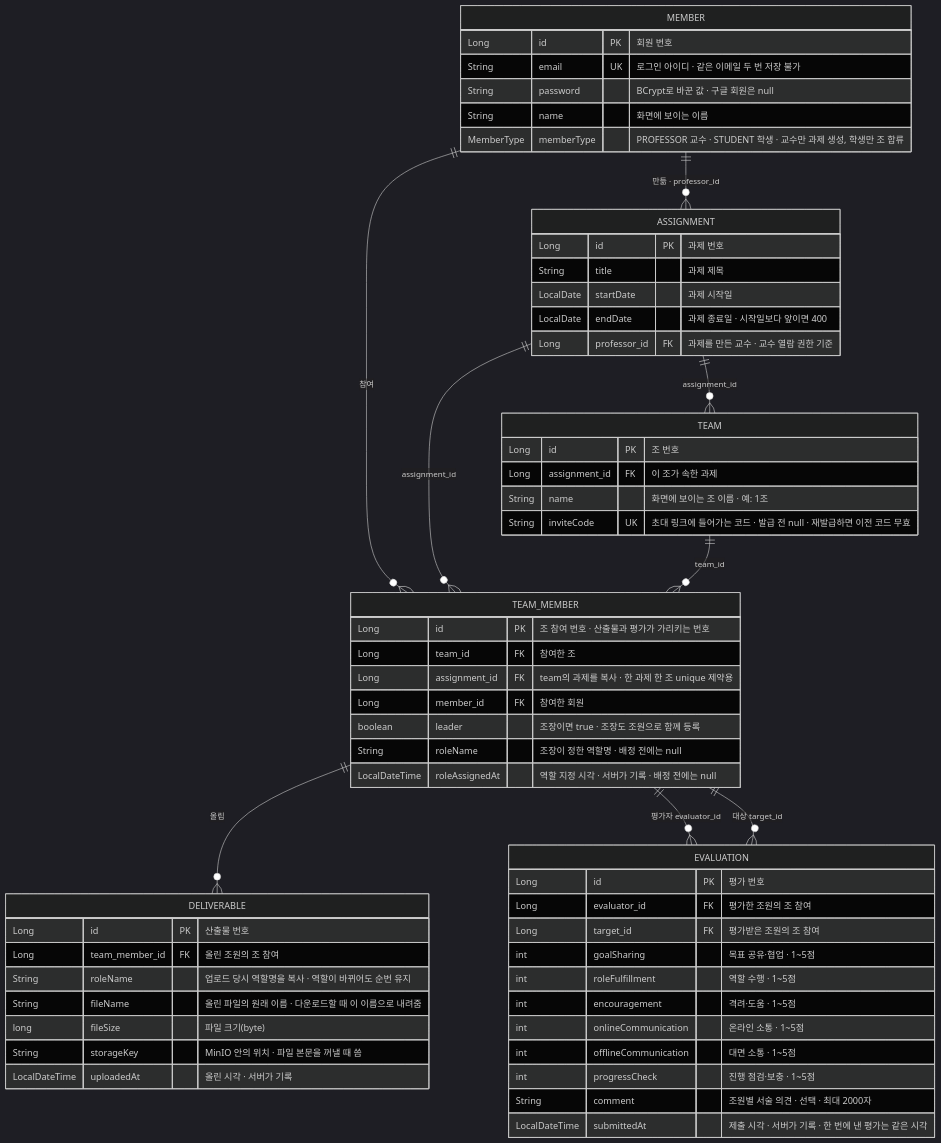
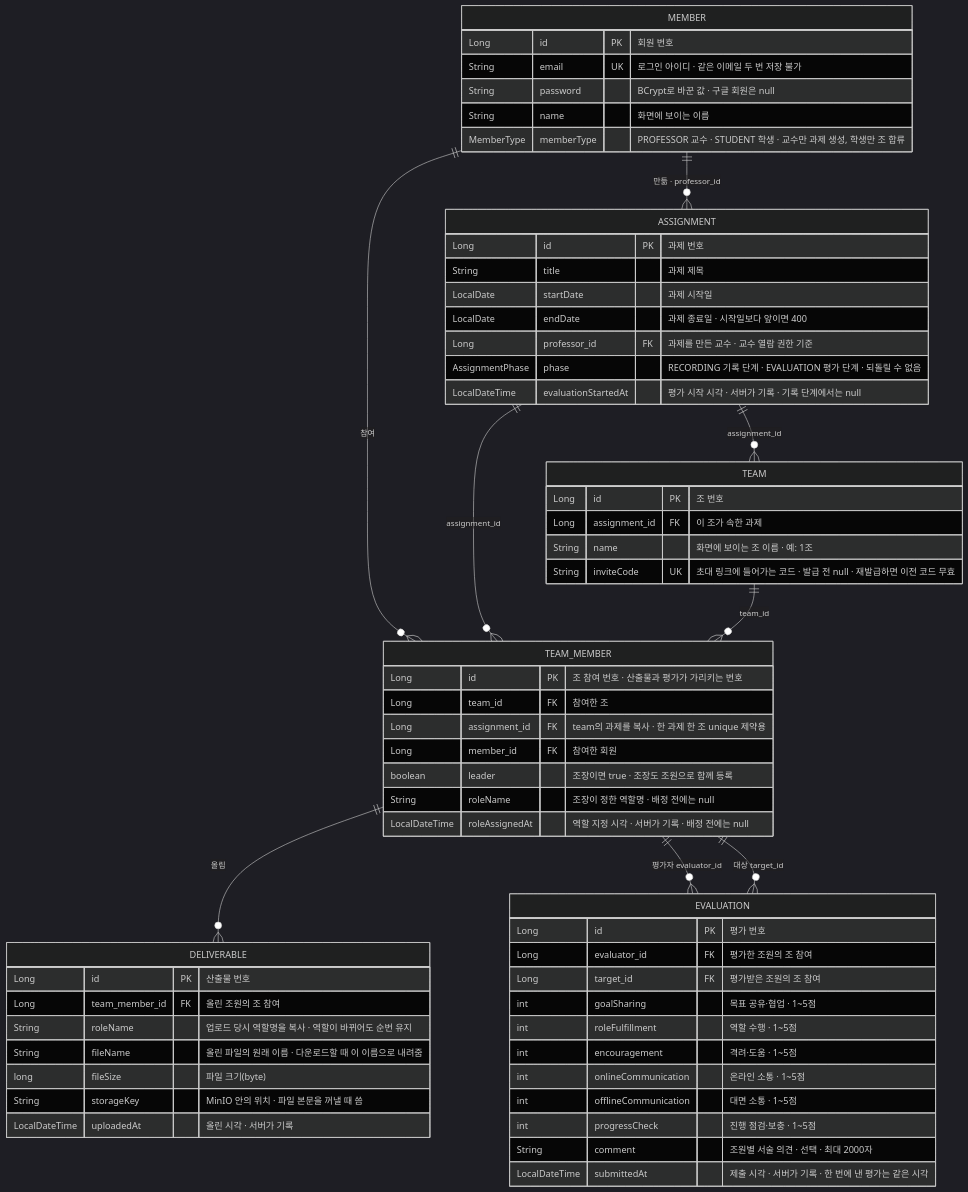
The sixth of 6 diagrams in docs/architecture.md (Pyrite9/footprint-demo), drawn with Mermaid (dark theme) before and after one commit. The commit also changed 35 other files, not shown here.

Commit message:
feat: add evaluation phase and start-evaluation API

````diff
--- a/docs/architecture.md
+++ b/docs/architecture.md
@@ -200,63 +200,65 @@
 ```mermaid
 erDiagram
     MEMBER ||--o{ ASSIGNMENT : "만듦 · professor_id"
     MEMBER ||--o{ TEAM_MEMBER : "참여"
     ASSIGNMENT ||--o{ TEAM : "assignment_id"
     ASSIGNMENT ||--o{ TEAM_MEMBER : "assignment_id"
     TEAM ||--o{ TEAM_MEMBER : "team_id"
     TEAM_MEMBER ||--o{ DELIVERABLE : "올림"
     TEAM_MEMBER ||--o{ EVALUATION : "평가자 evaluator_id"
     TEAM_MEMBER ||--o{ EVALUATION : "대상 target_id"
 
     MEMBER {
         Long id PK "회원 번호"
         String email UK "로그인 아이디 · 같은 이메일 두 번 저장 불가"
         String password "BCrypt로 바꾼 값 · 구글 회원은 null"
         String name "화면에 보이는 이름"
         MemberType memberType "PROFESSOR 교수 · STUDENT 학생 · 교수만 과제 생성, 학생만 조 합류"
     }
     ASSIGNMENT {
         Long id PK "과제 번호"
         String title "과제 제목"
         LocalDate startDate "과제 시작일"
         LocalDate endDate "과제 종료일 · 시작일보다 앞이면 400"
         Long professor_id FK "과제를 만든 교수 · 교수 열람 권한 기준"
+        AssignmentPhase phase "RECORDING 기록 단계 · EVALUATION 평가 단계 · 되돌릴 수 없음"
+        LocalDateTime evaluationStartedAt "평가 시작 시각 · 서버가 기록 · 기록 단계에서는 null"
     }
     TEAM {
         Long id PK "조 번호"
         Long assignment_id FK "이 조가 속한 과제"
         String name "화면에 보이는 조 이름 · 예: 1조"
         String inviteCode UK "초대 링크에 들어가는 코드 · 발급 전 null · 재발급하면 이전 코드 무효"
     }
     TEAM_MEMBER {
         Long id PK "조 참여 번호 · 산출물과 평가가 가리키는 번호"
         Long team_id FK "참여한 조"
         Long assignment_id FK "team의 과제를 복사 · 한 과제 한 조 unique 제약용"
         Long member_id FK "참여한 회원"
         boolean leader "조장이면 true · 조장도 조원으로 함께 등록"
         String roleName "조장이 정한 역할명 · 배정 전에는 null"
         LocalDateTime roleAssignedAt "역할 지정 시각 · 서버가 기록 · 배정 전에는 null"
     }
     DELIVERABLE {
         Long id PK "산출물 번호"
         Long team_member_id FK "올린 조원의 조 참여"
         String roleName "업로드 당시 역할명을 복사 · 역할이 바뀌어도 순번 유지"
         String fileName "올린 파일의 원래 이름 · 다운로드할 때 이 이름으로 내려줌"
         long fileSize "파일 크기(byte)"
         String storageKey "MinIO 안의 위치 · 파일 본문을 꺼낼 때 씀"
         LocalDateTime uploadedAt "올린 시각 · 서버가 기록"
     }
     EVALUATION {
         Long id PK "평가 번호"
         Long evaluator_id FK "평가한 조원의 조 참여"
         Long target_id FK "평가받은 조원의 조 참여"
         int goalSharing "목표 공유·협업 · 1~5점"
         int roleFulfillment "역할 수행 · 1~5점"
         int encouragement "격려·도움 · 1~5점"
         int onlineCommunication "온라인 소통 · 1~5점"
         int offlineCommunication "대면 소통 · 1~5점"
         int progressCheck "진행 점검·보충 · 1~5점"
         String comment "조원별 서술 의견 · 선택 · 최대 2000자"
         LocalDateTime submittedAt "제출 시각 · 서버가 기록 · 한 번에 낸 평가는 같은 시각"
     }
 ```
````
